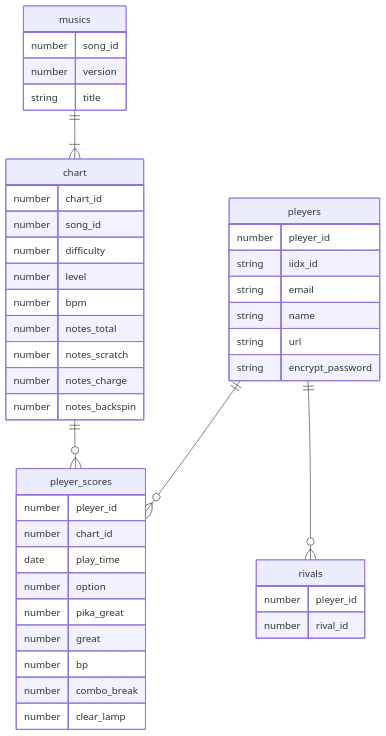
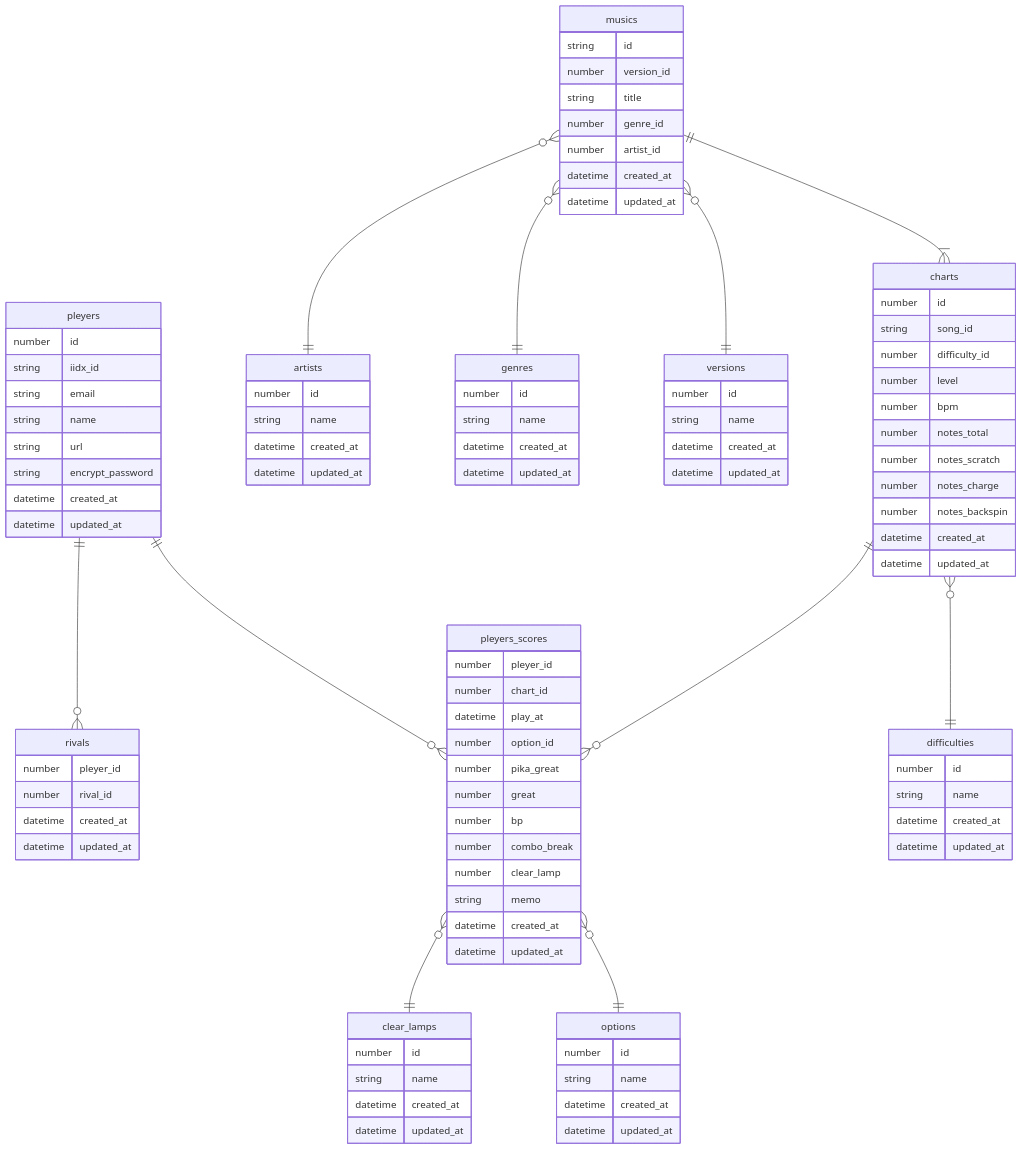
One commit to tn369/dbr-manager changed the diagram in ER_Diagram.md. Above: the diagram before and after it, drawn with Mermaid.

Commit message:
clean ER_Diagram add update datetime and add name master

````diff
--- a/ER_Diagram.md
+++ b/ER_Diagram.md
@@ -4,53 +4,114 @@
 
 erDiagram
 
-musics ||--|{ chart: ""
-pleyers ||--o{ pleyer_scores: ""
+pleyers ||--o{ pleyers_scores: ""
 pleyers ||--o{ rivals: ""
-chart ||--o{ pleyer_scores:""
+pleyers_scores }o--|| options :""
+pleyers_scores }o--|| clear_lamps:""
+charts }o--|| difficulties:""
+musics ||--|{ charts: ""
+musics }o--|| versions: ""
+musics }o--|| genres: ""
+musics }o--|| artists: ""
+charts ||--o{ pleyers_scores:""
 
-pleyers{
-    number pleyer_id
+pleyers {
+    number id 
     string iidx_id
     string email
     string name
     string url
     string encrypt_password 
+    datetime created_at
+    datetime updated_at
 }
 
-rivals{
+rivals {
     number pleyer_id
     number rival_id
+    datetime created_at
+    datetime updated_at
 }
 
-pleyer_scores{
+pleyers_scores {
     number pleyer_id
     number chart_id
-    date play_time
-    number option
+    datetime play_at
+    number option_id
     number pika_great
     number great
     number bp
     number combo_break
     number clear_lamp
+    string memo
+    datetime created_at
+    datetime updated_at
 }
 
-musics{
-    number song_id
-    number version
-    string title
+clear_lamps {
+    number id
+    string name
+    datetime created_at
+    datetime updated_at
 }
 
-chart{
-    number chart_id
-    number song_id
-    number difficulty 
+options {
+    number id
+    string name
+    datetime created_at
+    datetime updated_at
+}
+
+musics {
+    string id 
+    number version_id
+    string title
+    number genre_id
+    number artist_id
+    datetime created_at
+    datetime updated_at
+}
+
+genres {
+    number id
+    string name
+    datetime created_at
+    datetime updated_at
+}
+
+artists {
+    number id
+    string name
+    datetime created_at
+    datetime updated_at
+}
+
+versions {
+    number id
+    string name
+    datetime created_at
+    datetime updated_at
+}
+
+charts {
+    number id
+    string song_id
+    number difficulty_id
     number level
     number bpm
     number notes_total
     number notes_scratch 
     number notes_charge
     number notes_backspin
+    datetime created_at
+    datetime updated_at
+}
+
+difficulties {
+    number id
+    string name
+    datetime created_at
+    datetime updated_at
 }
 
 ```
````
